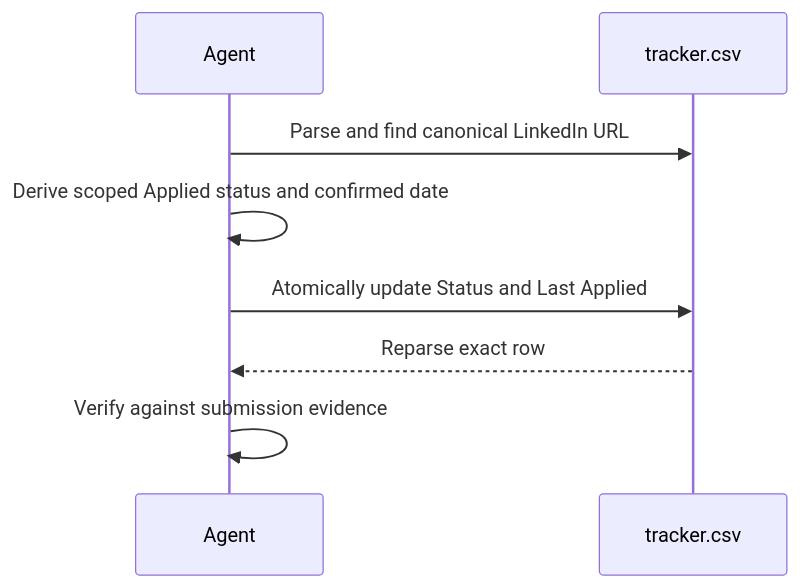
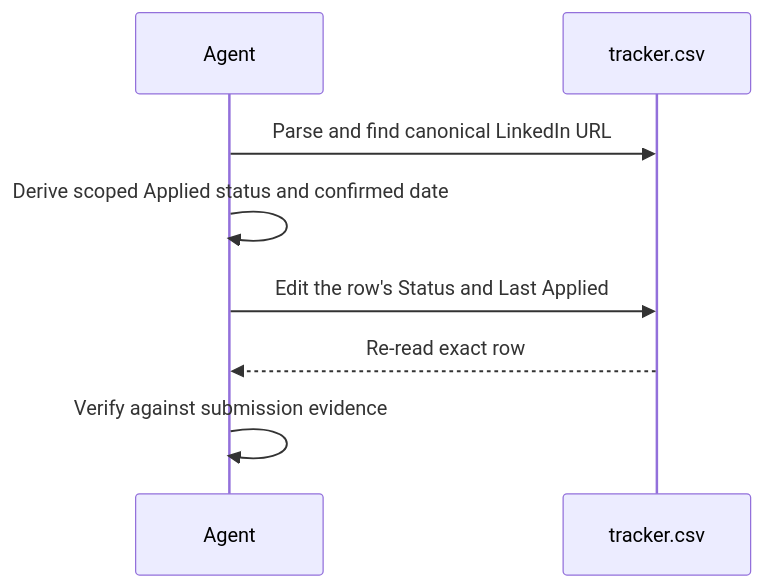
The diagram in linkedin-job-pilot/references/tracking.md (fsw0422/skills), drawn with Mermaid before and after one commit. The commit also changed other lines of this file and 7 other files, not shown here.

```diff
--- a/linkedin-job-pilot/references/tracking.md
+++ b/linkedin-job-pilot/references/tracking.md
@@ -9,10 +9,10 @@
 ~~~mermaid
 sequenceDiagram
     participant A as Agent
     participant C as tracker.csv
     A->>C: Parse and find canonical LinkedIn URL
     A->>A: Derive scoped Applied status and confirmed date
-    A->>C: Atomically update Status and Last Applied
-    C-->>A: Reparse exact row
+    A->>C: Edit the row's Status and Last Applied
+    C-->>A: Re-read exact row
     A->>A: Verify against submission evidence
 ~~~
```
